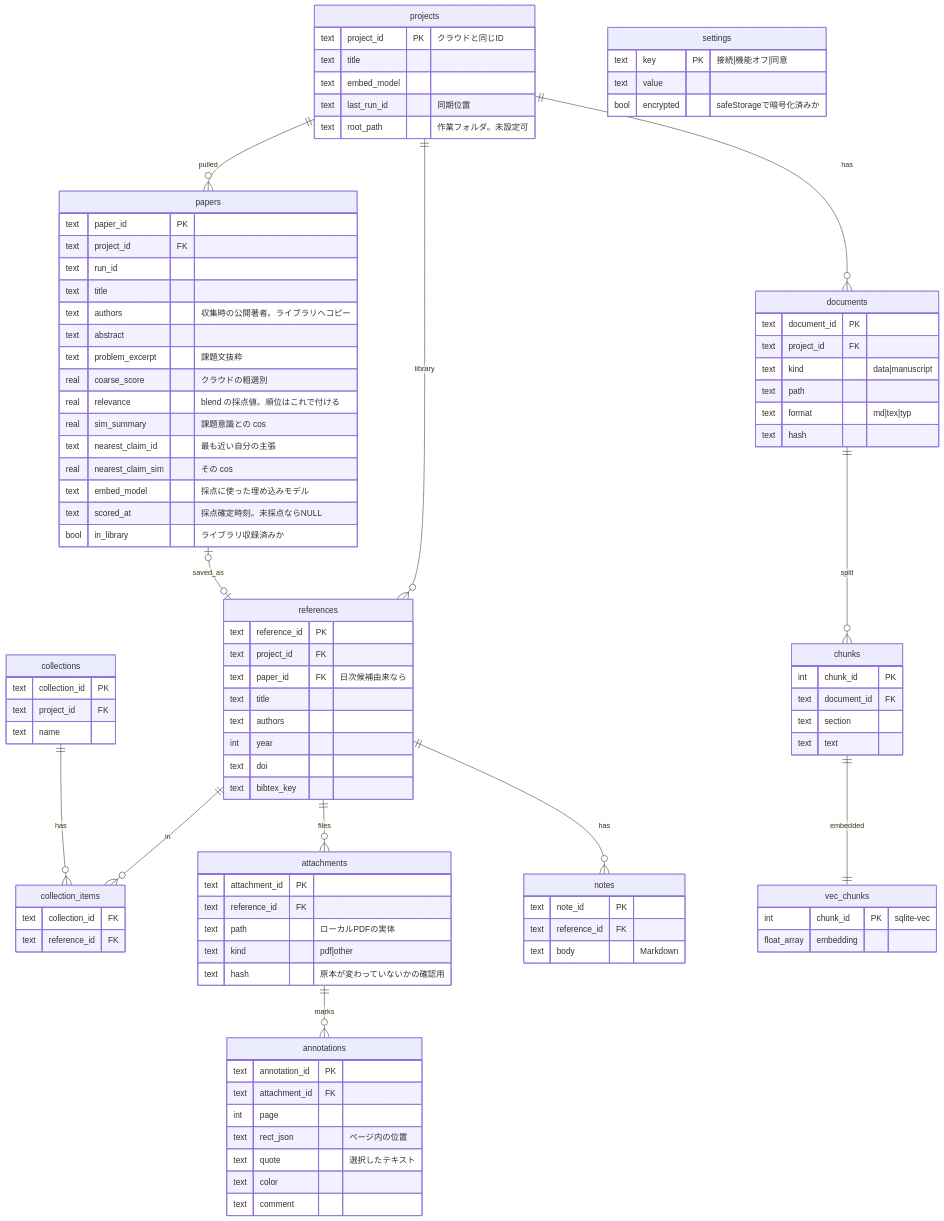
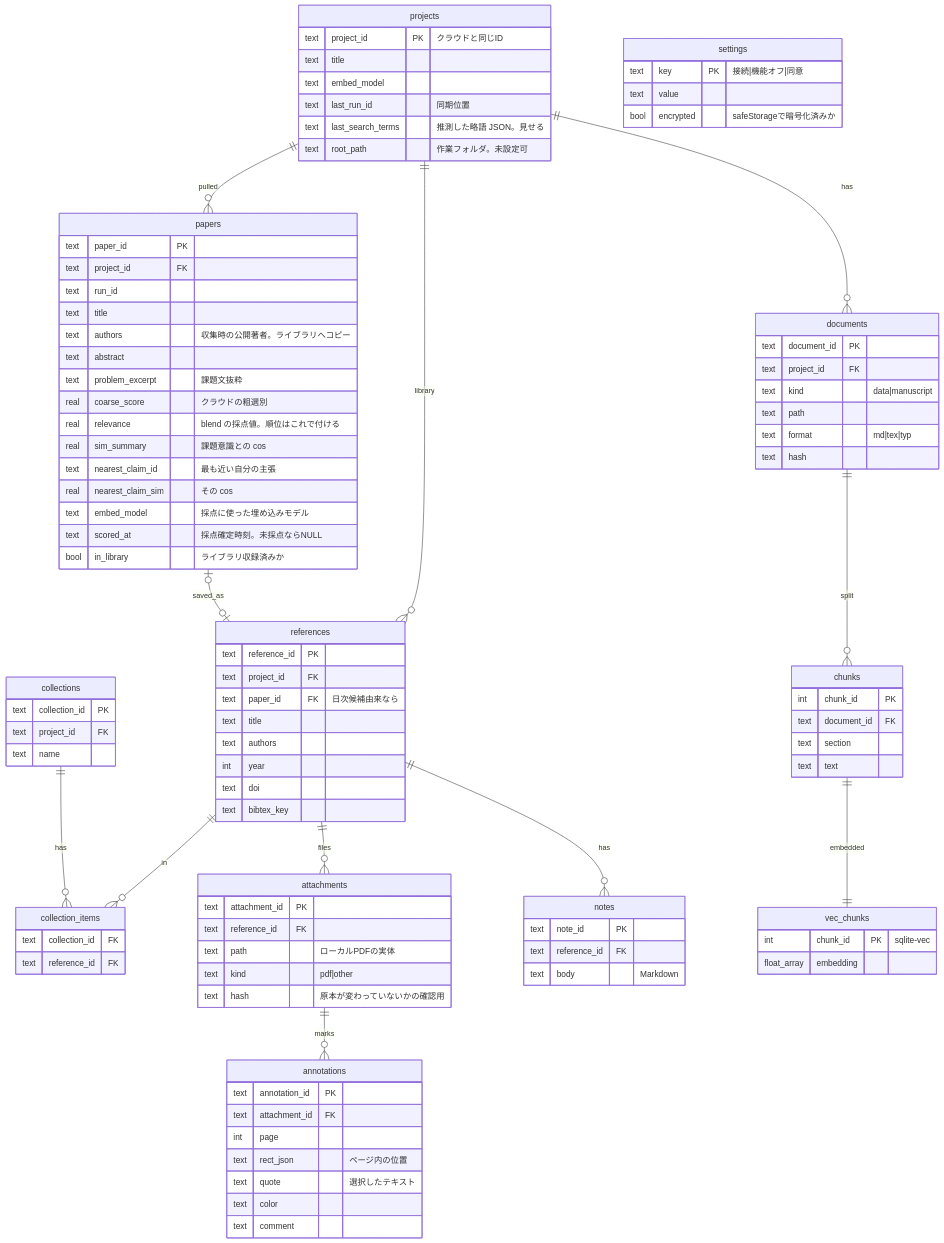
One commit to uzak0209/AI-Research changed the second of 2 diagrams in docs/er-diagram.md. Above: the diagram before and after it, drawn with Mermaid. The commit also changed other lines of this file and 33 other files, not shown here.

```diff
--- a/docs/er-diagram.md
+++ b/docs/er-diagram.md
@@ -93,6 +94,7 @@
         text title
         text embed_model
         text last_run_id "同期位置"
+        text last_search_terms "推測した略語 JSON。見せる"
         text root_path "作業フォルダ。未設定可"
     }
     papers {
```
